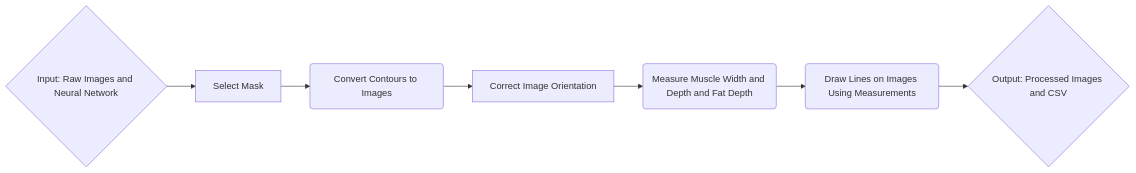
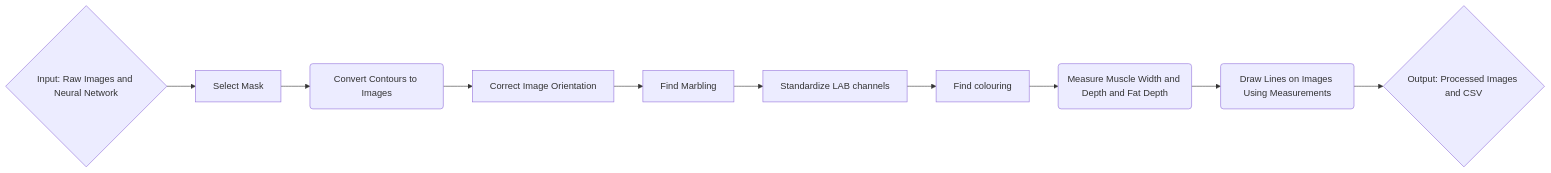
One commit to AAFC-Bioinfo-AAC/pork-vision changed the diagram in README.md. Above: the diagram before and after it, drawn with Mermaid. The commit also changed other lines of this file, not shown here.

````diff
--- a/README.md
+++ b/README.md
@@ -70,11 +70,14 @@
 ```mermaid
     flowchart LR;
        A{Input: Raw Images and Neural Network}-->B[Select Mask]
             B-->C(Convert Contours to Images)
             C-->D[Correct Image Orientation]
-            D-->E(Measure Muscle Width and Depth and Fat Depth)
-            E-->F(Draw Lines on Images Using Measurements)
-            F-->G{Output: Processed Images and CSV}
+            D-->E[Find Marbling]
+            E-->F[Standardize LAB channels]
+            F-->G[Find colouring]
+            G-->H(Measure Muscle Width and Depth and Fat Depth)
+            H-->I(Draw Lines on Images Using Measurements)
+            I-->J{Output: Processed Images and CSV}
 
 
 ```
````
